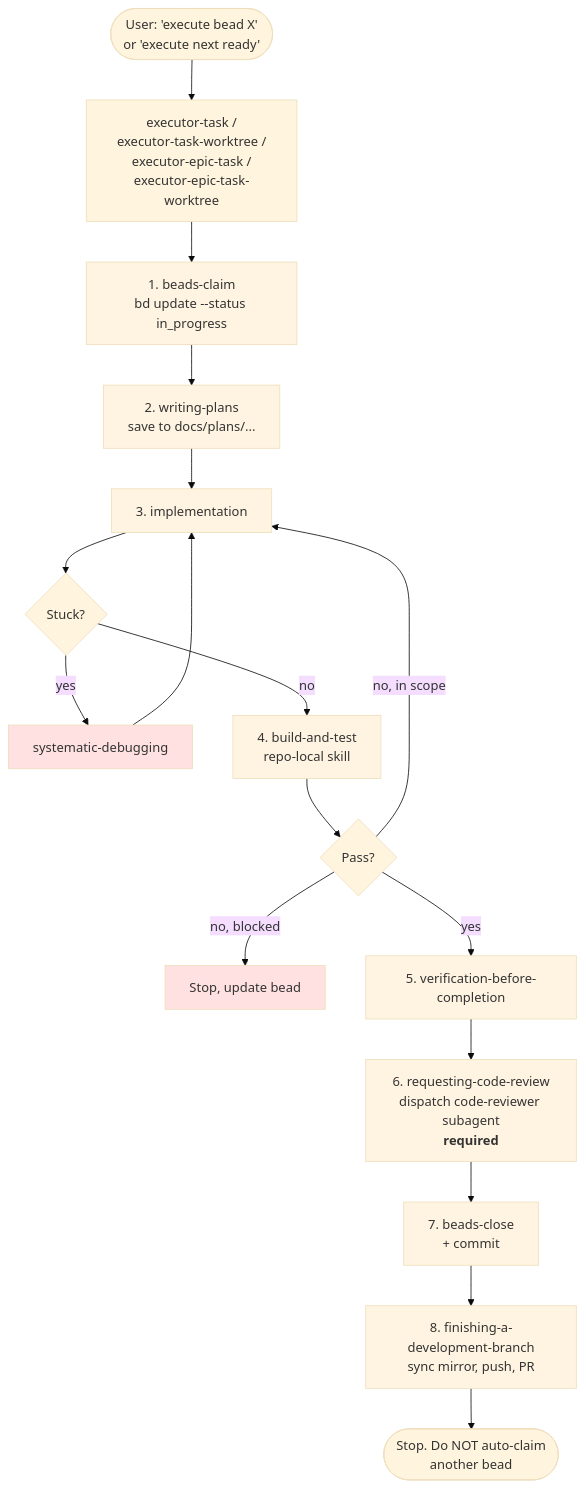
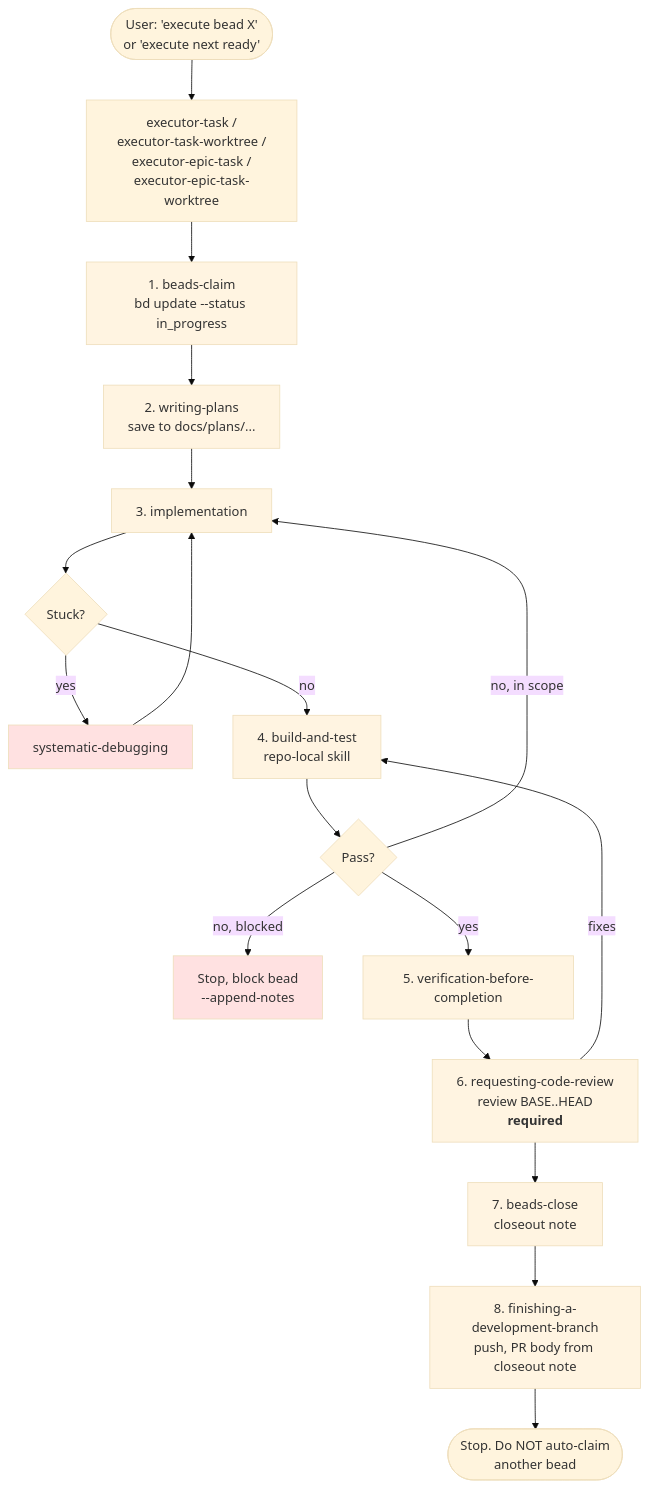
The third of 5 diagrams in docs/SKILLS_RELATIONSHIPS.md (jsiovn/agent-workflow-beads), drawn with Mermaid (base theme) before and after one commit. The commit also changed other lines of this file and 34 other files, not shown here.

````diff
--- a/docs/SKILLS_RELATIONSHIPS.md
+++ b/docs/SKILLS_RELATIONSHIPS.md
@@ -140,30 +140,31 @@
 ```mermaid
 flowchart TD
     START([User: 'execute bead X'<br/>or 'execute next ready']) --> ET[executor-task /<br/>executor-task-worktree /<br/>executor-epic-task /<br/>executor-epic-task-worktree]
     ET --> S1[1. beads-claim<br/>bd update --status in_progress]
     S1 --> S2[2. writing-plans<br/>save to docs/plans/...]
     S2 --> S3[3. implementation]
     S3 --> Q1{Stuck?}
     Q1 -->|yes| SD[systematic-debugging]
     SD --> S3
     Q1 -->|no| S4[4. build-and-test<br/>repo-local skill]
     S4 --> Q2{Pass?}
     Q2 -->|no, in scope| S3
-    Q2 -->|no, blocked| BLOCK[Stop, update bead]
+    Q2 -->|no, blocked| BLOCK[Stop, block bead<br/>--append-notes]
     Q2 -->|yes| S5[5. verification-before-completion]
-    S5 --> S6[6. requesting-code-review<br/>dispatch code-reviewer subagent<br/><b>required</b>]
-    S6 --> S7[7. beads-close<br/>+ commit]
-    S7 --> S8[8. finishing-a-development-branch<br/>sync mirror, push, PR]
+    S5 --> S6[6. requesting-code-review<br/>review BASE..HEAD<br/><b>required</b>]
+    S6 -->|fixes| S4
+    S6 --> S7[7. beads-close<br/>closeout note]
+    S7 --> S8[8. finishing-a-development-branch<br/>push, PR body from closeout note]
     S8 --> END([Stop. Do NOT auto-claim<br/>another bead])
 
     style S1 fill:#fff4e1
     style S2 fill:#fff4e1
     style S3 fill:#fff4e1
     style S4 fill:#fff4e1
     style S5 fill:#fff4e1
     style S6 fill:#fff4e1
     style S7 fill:#fff4e1
     style S8 fill:#fff4e1
     style SD fill:#ffe1e1
     style BLOCK fill:#ffe1e1
 ```
````
